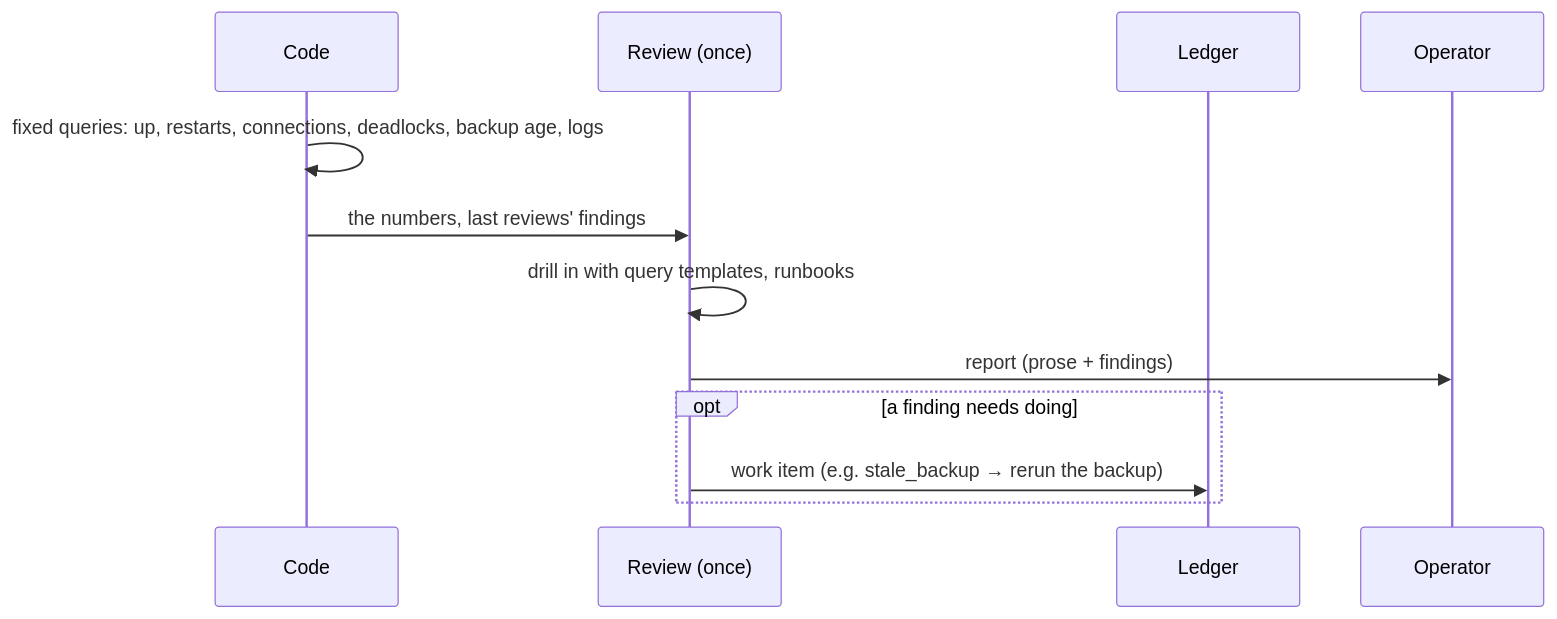
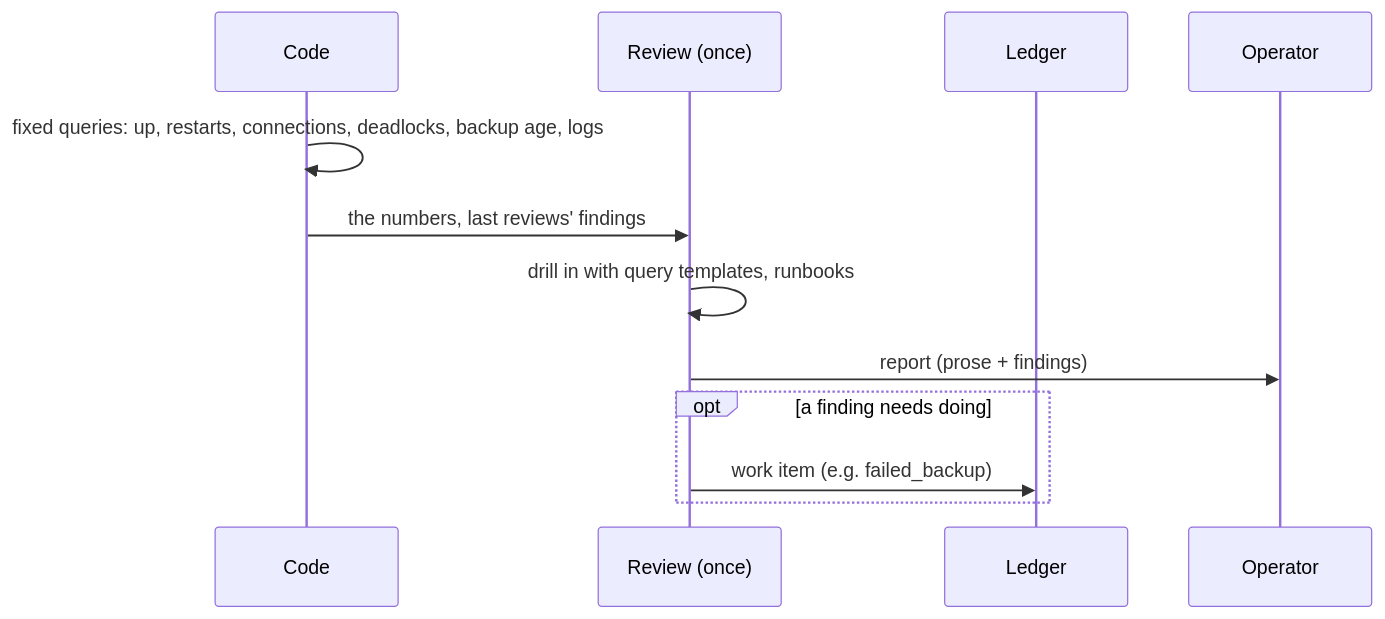
The fifth of 10 diagrams in docs/rfc/RFC-0004-agent-pipeline.md (chipi/flotilla), drawn with Mermaid before and after one commit. The commit also changed other lines of this file, not shown here.

First line of the commit message:
docs(rfc): RFC-0004: Ops is one fleet (the SRE team) with item kinds; SEO is the digital marketing fleet's first use case

````diff
--- a/docs/rfc/RFC-0004-agent-pipeline.md
+++ b/docs/rfc/RFC-0004-agent-pipeline.md
@@ -261,14 +271,14 @@
 ```mermaid
 sequenceDiagram
     participant C as Code
     participant R as Review (once)
     participant L as Ledger
     participant Op as Operator
     C->>C: fixed queries: up, restarts, connections, deadlocks, backup age, logs
     C->>R: the numbers, last reviews' findings
     R->>R: drill in with query templates, runbooks
     R->>Op: report (prose + findings)
     opt a finding needs doing
-        R->>L: work item (e.g. stale_backup → rerun the backup)
+        R->>L: work item (e.g. failed_backup)
     end
 ```
````
